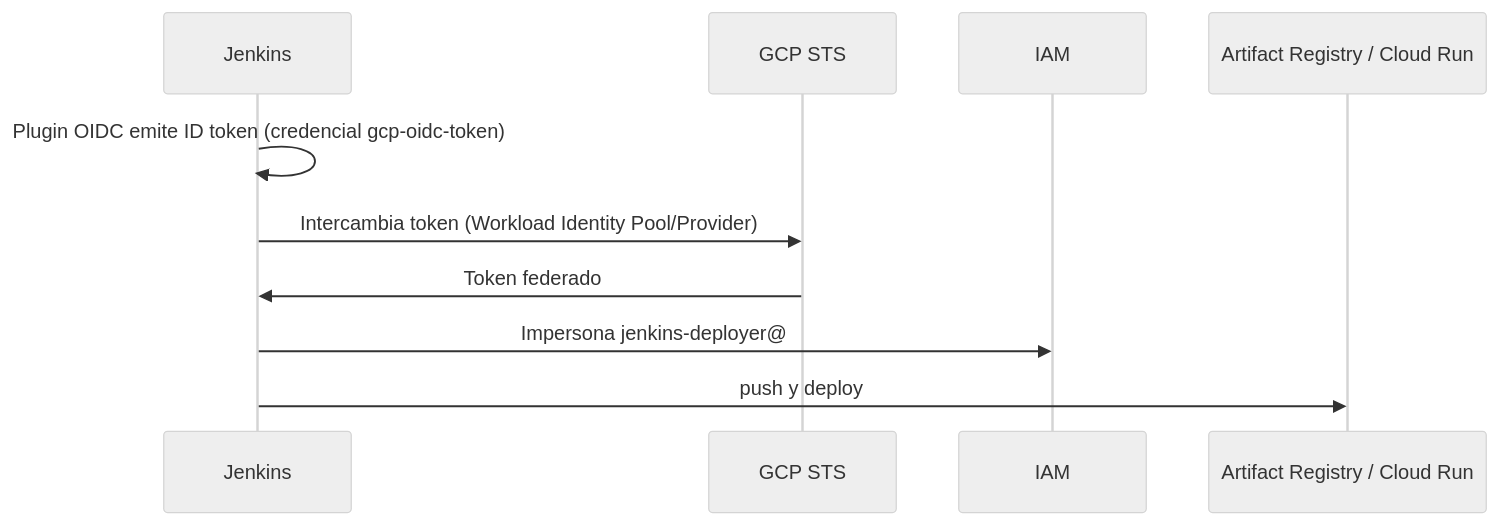
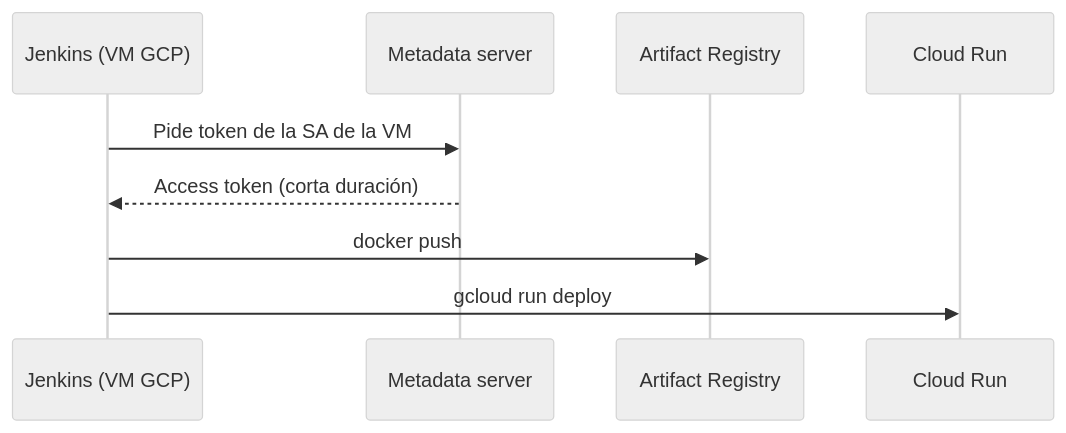
The diagram in LAB_GCP.md (aldower/angular-cloud-run-v2), drawn with Mermaid (neutral theme) before and after one commit. The commit also changed other lines of this file, not shown here.

````diff
--- a/LAB_GCP.md
+++ b/LAB_GCP.md
@@ -5,8 +5,11 @@
 ```mermaid
 sequenceDiagram
-    Jenkins->>Jenkins: Plugin OIDC emite ID token (credencial gcp-oidc-token)
-    Jenkins->>GCP STS: Intercambia token (Workload Identity Pool/Provider)
-    GCP STS->>Jenkins: Token federado
-    Jenkins->>IAM: Impersona jenkins-deployer@
-    Jenkins->>Artifact Registry / Cloud Run: push y deploy
+    participant J as Jenkins (VM GCP)
+    participant M as Metadata server
+    participant AR as Artifact Registry
+    participant CR as Cloud Run
+    J->>M: Pide token de la SA de la VM
+    M-->>J: Access token (corta duración)
+    J->>AR: docker push
+    J->>CR: gcloud run deploy
 ```
````
